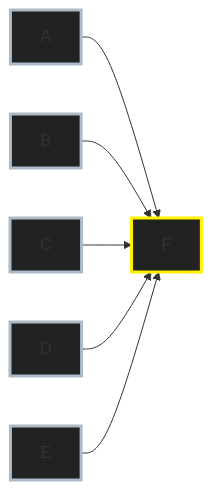
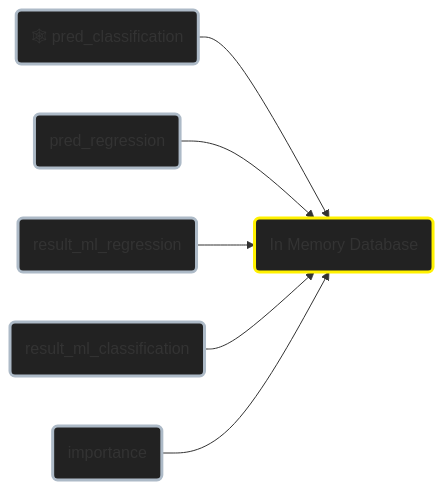
One commit to CDucloux/Wine-Scraping changed the diagram in README.md. Above: the diagram before and after it, drawn with Mermaid. The commit also changed other lines of this file, not shown here.

````diff
--- a/README.md
+++ b/README.md
@@ -118,15 +102,15 @@
 ```mermaid
 graph LR;
-A-->F;
-B-->F;
-C-->F;
-D-->F;
-E-->F;
+A("🕸 pred_classification")-->F;
+B("pred_regression")-->F;
+C("result_ml_regression")-->F;
+D("result_ml_classification")-->F;
+E("importance")-->F("In Memory Database");
 
 style A stroke:#adbac7,stroke-width:3px, fill:#222222;
 style B stroke:#adbac7,stroke-width:3px, fill:#222222;
 style C stroke:#adbac7,stroke-width:3px, fill:#222222;
 style D stroke:#adbac7,stroke-width:3px, fill:#222222;
 style E stroke:#adbac7,stroke-width:3px, fill:#222222;
 style F stroke:#fff100,stroke-width:3px, fill:#222222;
 ```
````
